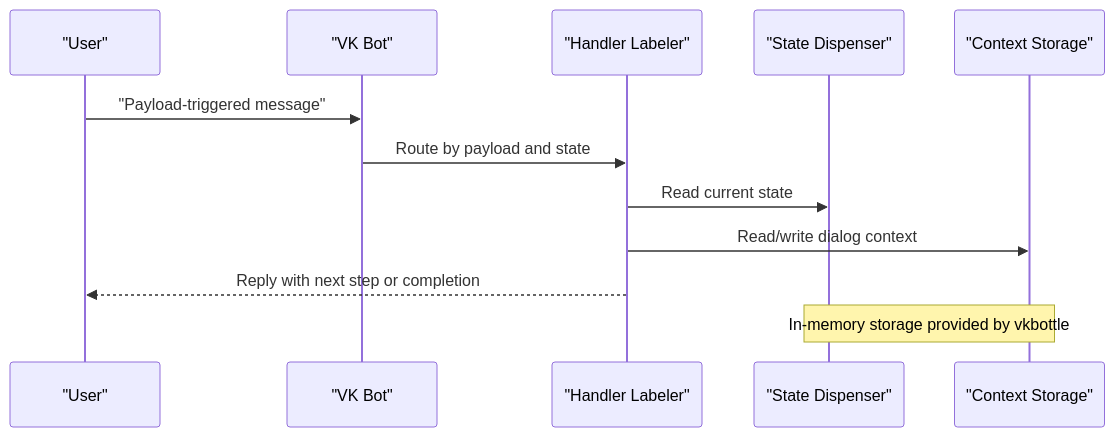
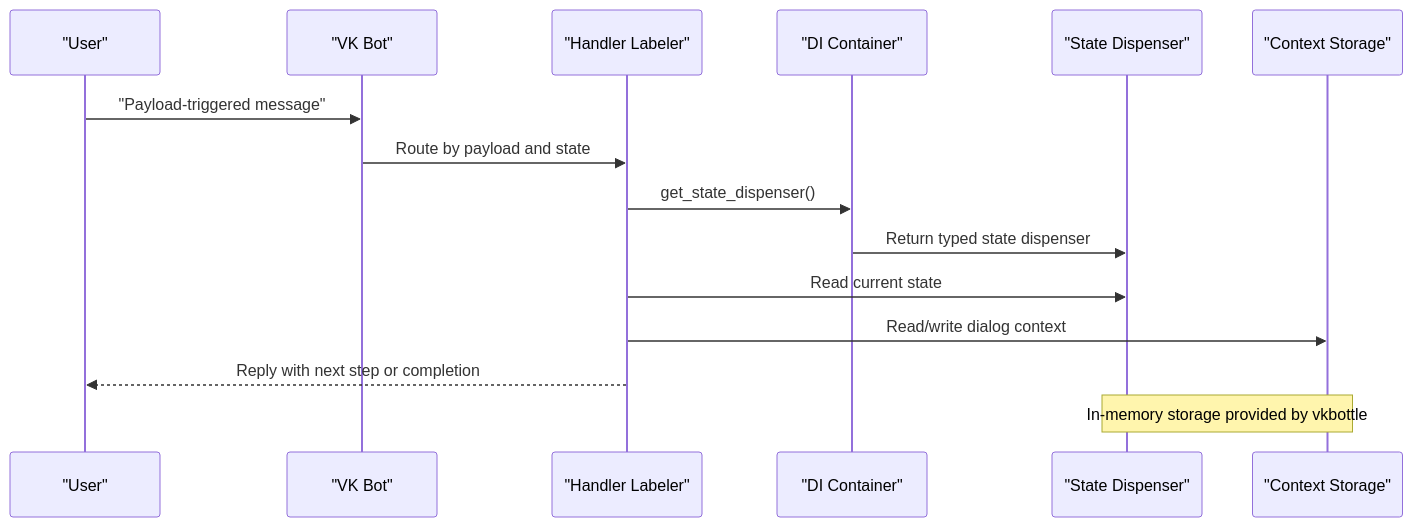
The second of 10 diagrams in .qoder/repowiki/en/content/State Management.md (ognelis/cafetera_hr_bot), drawn with Mermaid before and after one commit. The commit also changed other lines of this file and 14 other files, not shown here.

````diff
--- a/.qoder/repowiki/en/content/State Management.md
+++ b/.qoder/repowiki/en/content/State Management.md
@@ -94,14 +113,17 @@
 ```mermaid
 sequenceDiagram
 participant User as "User"
 participant Bot as "VK Bot"
 participant Labeler as "Handler Labeler"
+participant DI as "DI Container"
 participant Dispenser as "State Dispenser"
 participant Ctx as "Context Storage"
 User->>Bot : "Payload-triggered message"
 Bot->>Labeler : Route by payload and state
+Labeler->>DI : get_state_dispenser()
+DI->>Dispenser : Return typed state dispenser
 Labeler->>Dispenser : Read current state
 Labeler->>Ctx : Read/write dialog context
 Labeler-->>User : Reply with next step or completion
 Note over Dispenser,Ctx : In-memory storage provided by vkbottle
 ```
````
